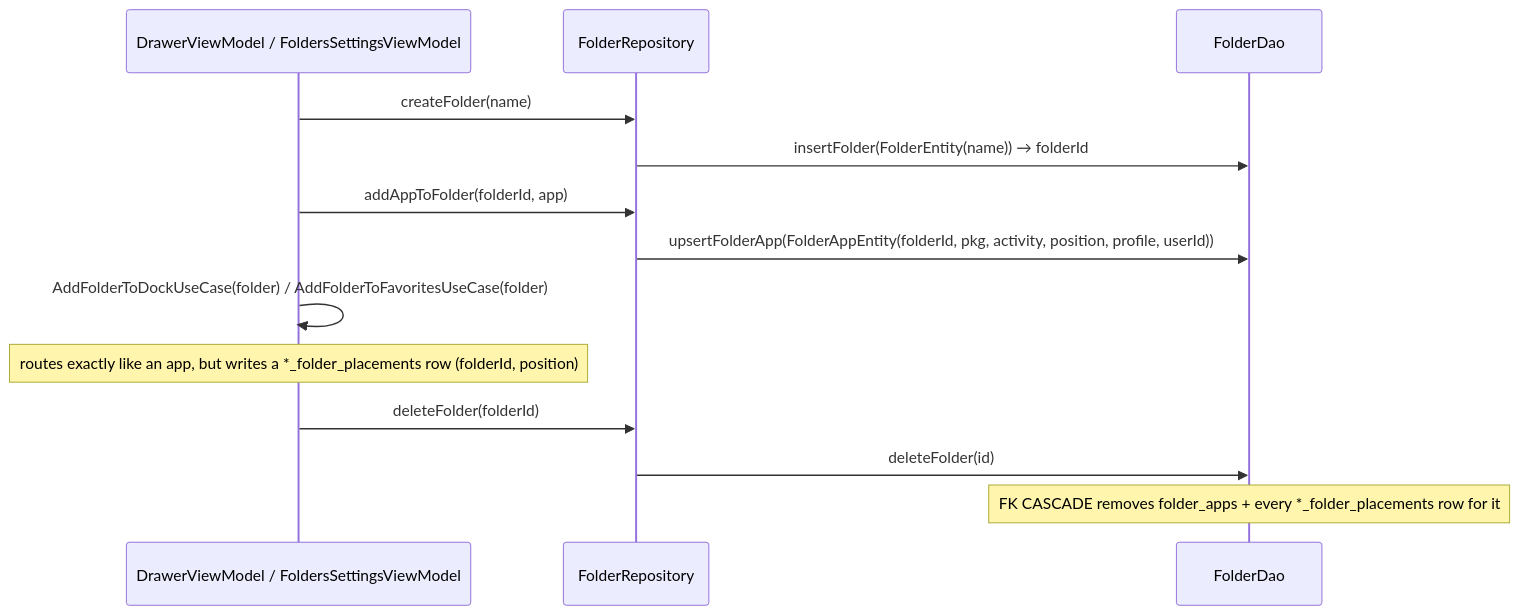
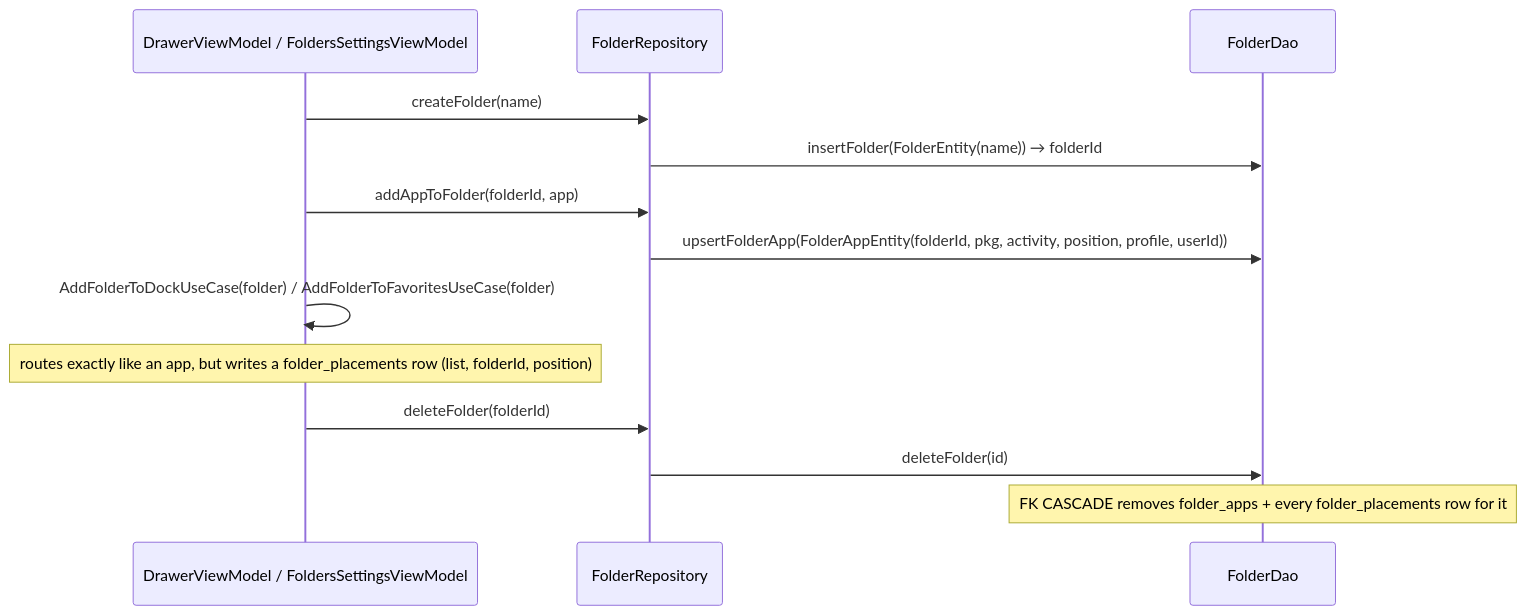
Before and after one commit to rohitganjam/facet-launcher: the second of 3 diagrams in docs/architecture/08-flow-placements.md, drawn with Mermaid. The commit also changed other lines of this file and 78 other files, not shown here.

First line of the commit message:
Fold the eight Dock/Favorites tables into app_placements and folder_placements (schema v28)

````diff
--- a/docs/architecture/08-flow-placements.md
+++ b/docs/architecture/08-flow-placements.md
@@ -57,15 +58,15 @@
 ```mermaid
 sequenceDiagram
     participant D as DrawerViewModel / FoldersSettingsViewModel
     participant FR as FolderRepository
     participant FD as FolderDao
     D->>FR: createFolder(name)
     FR->>FD: insertFolder(FolderEntity(name)) → folderId
     D->>FR: addAppToFolder(folderId, app)
     FR->>FD: upsertFolderApp(FolderAppEntity(folderId, pkg, activity, position, profile, userId))
     D->>D: AddFolderToDockUseCase(folder) / AddFolderToFavoritesUseCase(folder)
-    Note over D: routes exactly like an app, but writes a *_folder_placements row (folderId, position)
+    Note over D: routes exactly like an app, but writes a folder_placements row (list, folderId, position)
     D->>FR: deleteFolder(folderId)
     FR->>FD: deleteFolder(id)
-    Note over FD: FK CASCADE removes folder_apps + every *_folder_placements row for it
+    Note over FD: FK CASCADE removes folder_apps + every folder_placements row for it
 ```
````
